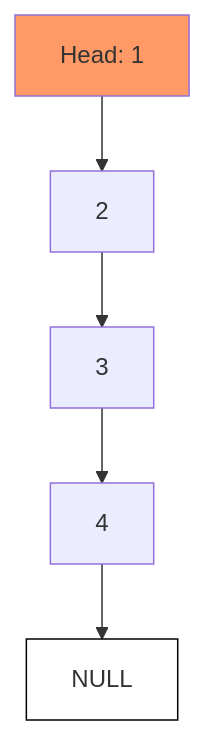
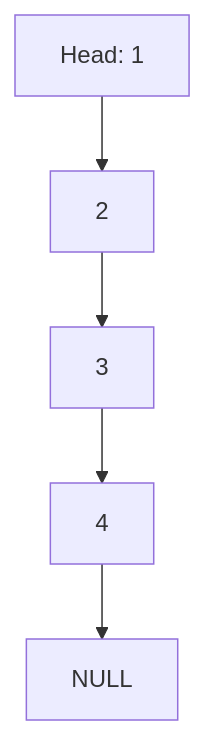
The first of 6 diagrams in computer-science/linked-list-reverse.md (robenkleene/development-references), drawn with Mermaid before and after one commit. The commit also changed other lines of this file, not shown here.

````diff
--- a/computer-science/linked-list-reverse.md
+++ b/computer-science/linked-list-reverse.md
@@ -28,9 +28,7 @@
 ``` mermaid
 graph TD
     A[Head: 1] --> B[2]
     B --> C[3]
     C --> D[4]
     D --> NULL
-    style A fill:#f96
-    style NULL fill:#fff,stroke:#000
 ```
````
